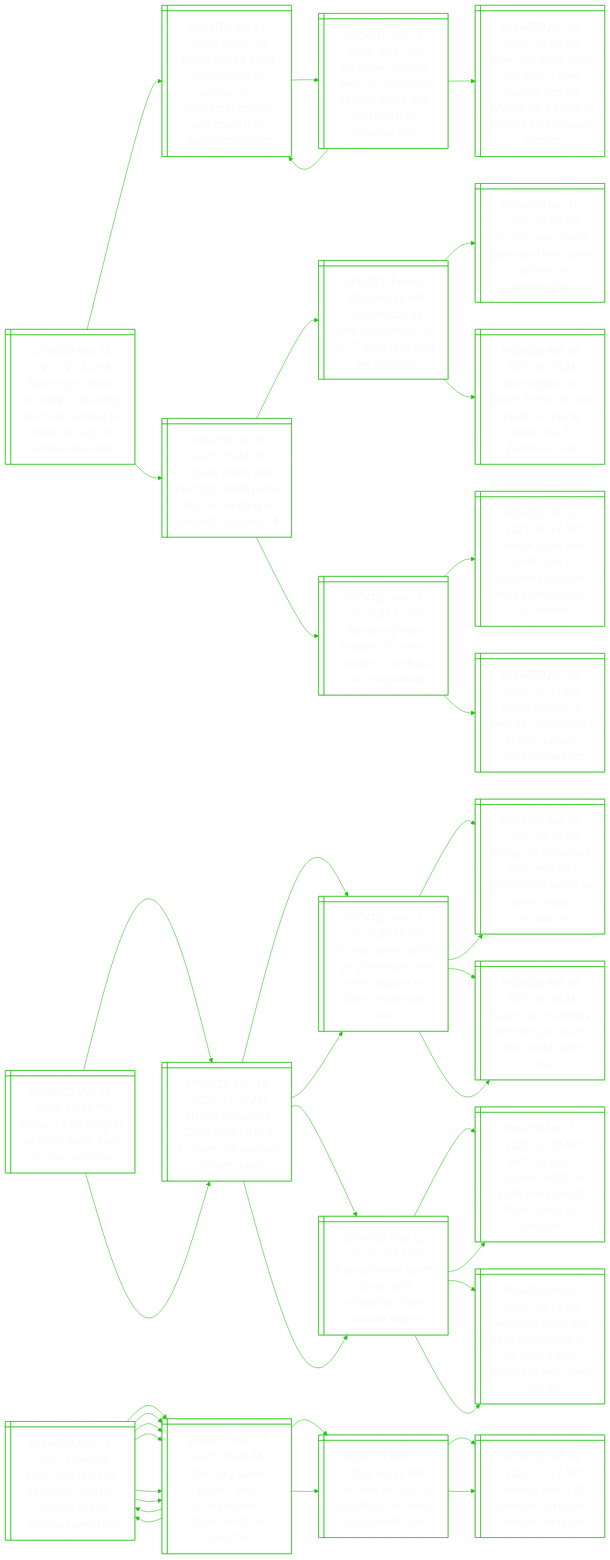
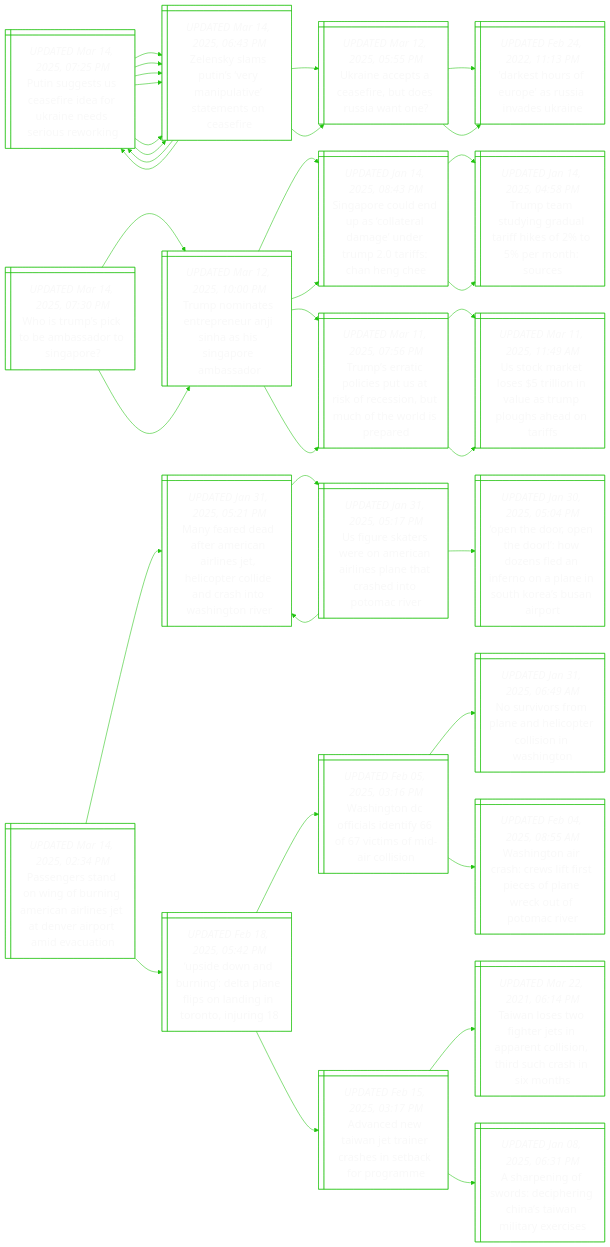
Before and after one commit to notJmes/notJmes: the diagram in README.md, drawn with Mermaid. The commit also changed other lines of this file, not shown here.

````diff
--- a/README.md
+++ b/README.md
@@ -15,6 +15,80 @@
 %%{init: {'theme':'base', 'themeVariables': {'primaryColor': "transparent", 'primaryTextColor': "#F9F9F9", 'lineColor': "#20C20E", 'primaryBorderColor':'#20C20E'}}}%%
 flowchart LR
 classDef txtsize font-size:20px;
+
+Psscfdrierrk@{ shape: win-pane, label: "_UPDATED Mar 14, 2025, 07:25 PM_
+Putin suggests us ceasefire idea for ukraine needs serious reworking" }
+Zsatenasmose@{ shape: win-pane, label: "_UPDATED Mar 14, 2025, 06:43 PM_
+Zelensky slams putin’s ‘very manipulative’ statements on ceasefire" }
+Unecfusit@{ shape: win-pane, label: "_UPDATED Mar 12, 2025, 05:55 PM_
+Ukraine accepts a ceasefire, but does russia want one?" }
+DsruasvUn@{ shape: win-pane, label: "_UPDATED Feb 24, 2022, 11:13 PM_
+'darkest hours of europe' as russia invades ukraine" }
+Psscfdrierrk@{ shape: win-pane, label: "_UPDATED Mar 14, 2025, 07:25 PM_
+Putin suggests us ceasefire idea for ukraine needs serious reworking" }
+Zsatenasmose@{ shape: win-pane, label: "_UPDATED Mar 14, 2025, 06:43 PM_
+Zelensky slams putin’s ‘very manipulative’ statements on ceasefire" }
+Zsatenasmose@{ shape: win-pane, label: "_UPDATED Mar 14, 2025, 06:43 PM_
+Zelensky slams putin’s ‘very manipulative’ statements on ceasefire" }
+Zsatenasmose@{ shape: win-pane, label: "_UPDATED Mar 14, 2025, 06:43 PM_
+Zelensky slams putin’s ‘very manipulative’ statements on ceasefire" }
+Unecfusit@{ shape: win-pane, label: "_UPDATED Mar 12, 2025, 05:55 PM_
+Ukraine accepts a ceasefire, but does russia want one?" }
+DsruasvUn@{ shape: win-pane, label: "_UPDATED Feb 24, 2022, 11:13 PM_
+'darkest hours of europe' as russia invades ukraine" }
+Psscfdrierrk@{ shape: win-pane, label: "_UPDATED Mar 14, 2025, 07:25 PM_
+Putin suggests us ceasefire idea for ukraine needs serious reworking" }
+Zsatenasmose@{ shape: win-pane, label: "_UPDATED Mar 14, 2025, 06:43 PM_
+Zelensky slams putin’s ‘very manipulative’ statements on ceasefire" }
+Zsatenasmose@{ shape: win-pane, label: "_UPDATED Mar 14, 2025, 06:43 PM_
+Zelensky slams putin’s ‘very manipulative’ statements on ceasefire" }
+
+Psscfdrierrk:::txtsize --> Zsatenasmose:::txtsize
+Zsatenasmose:::txtsize --> Unecfusit:::txtsize
+Unecfusit:::txtsize --> DsruasvUn:::txtsize
+Zsatenasmose:::txtsize --> Psscfdrierrk:::txtsize
+Psscfdrierrk:::txtsize --> Zsatenasmose:::txtsize
+Psscfdrierrk:::txtsize --> Zsatenasmose:::txtsize
+Psscfdrierrk:::txtsize --> Zsatenasmose:::txtsize
+Zsatenasmose:::txtsize --> Unecfusit:::txtsize
+Unecfusit:::txtsize --> DsruasvUn:::txtsize
+Zsatenasmose:::txtsize --> Psscfdrierrk:::txtsize
+Psscfdrierrk:::txtsize --> Zsatenasmose:::txtsize
+Psscfdrierrk:::txtsize --> Zsatenasmose:::txtsize
+
+WTstmaoa@{ shape: win-pane, label: "_UPDATED Mar 14, 2025, 07:30 PM_
+Who is trump’s pick to be ambassador to singapore?" }
+TnanrrSaSpma@{ shape: win-pane, label: "_UPDATED Mar 12, 2025, 10:00 PM_
+Trump nominates entrepreneur anji sinha as his singapore ambassador" }
+Sponsalgemihne@{ shape: win-pane, label: "_UPDATED Jan 14, 2025, 08:43 PM_
+Singapore could end up as ‘collateral damage’ under trump 2.0 tariffs: chan heng chee" }
+Tttndahoetr@{ shape: win-pane, label: "_UPDATED Jan 14, 2025, 04:58 PM_
+Trump team studying gradual tariff hikes of 2% to 5% per month: sources" }
+TstlsSseitowip@{ shape: win-pane, label: "_UPDATED Mar 11, 2025, 07:56 PM_
+Trump’s erratic policies put us at risk of recession, but much of the world is prepared" }
+UcksinlTphaas@{ shape: win-pane, label: "_UPDATED Mar 11, 2025, 11:49 AM_
+Us stock market loses $5 trillion in value as trump ploughs ahead on tariffs" }
+TnanrrSaSpma@{ shape: win-pane, label: "_UPDATED Mar 12, 2025, 10:00 PM_
+Trump nominates entrepreneur anji sinha as his singapore ambassador" }
+Sponsalgemihne@{ shape: win-pane, label: "_UPDATED Jan 14, 2025, 08:43 PM_
+Singapore could end up as ‘collateral damage’ under trump 2.0 tariffs: chan heng chee" }
+Tttndahoetr@{ shape: win-pane, label: "_UPDATED Jan 14, 2025, 04:58 PM_
+Trump team studying gradual tariff hikes of 2% to 5% per month: sources" }
+TstlsSseitowip@{ shape: win-pane, label: "_UPDATED Mar 11, 2025, 07:56 PM_
+Trump’s erratic policies put us at risk of recession, but much of the world is prepared" }
+UcksinlTphaas@{ shape: win-pane, label: "_UPDATED Mar 11, 2025, 11:49 AM_
+Us stock market loses $5 trillion in value as trump ploughs ahead on tariffs" }
+
+WTstmaoa:::txtsize --> TnanrrSaSpma:::txtsize
+TnanrrSaSpma:::txtsize --> Sponsalgemihne:::txtsize
+Sponsalgemihne:::txtsize --> Tttndahoetr:::txtsize
+TnanrrSaSpma:::txtsize --> TstlsSseitowip:::txtsize
+TstlsSseitowip:::txtsize --> UcksinlTphaas:::txtsize
+WTstmaoa:::txtsize --> TnanrrSaSpma:::txtsize
+TnanrrSaSpma:::txtsize --> Sponsalgemihne:::txtsize
+Sponsalgemihne:::txtsize --> Tttndahoetr:::txtsize
+TnanrrSaSpma:::txtsize --> TstlsSseitowip:::txtsize
+TstlsSseitowip:::txtsize --> UcksinlTphaas:::txtsize
 
 PnsogrAcrstepmai@{ shape: win-pane, label: "_UPDATED Mar 14, 2025, 02:34 PM_
 Passengers stand on wing of burning american airlines jet at denver airport amid evacuation" }
@@ -53,90 +127,4 @@
 Acwatesnarr:::txtsize --> Tnsiriacshuasn:::txtsize
 Acwatesnarr:::txtsize --> ApgoeeCsaiei:::txtsize
 
-Cigarayol@{ shape: win-pane, label: "_UPDATED Mar 14, 2025, 12:14 PM_
-China is ‘laughing’ at us trade wars, says eu top diplomat" }
-Tttirferekr@{ shape: win-pane, label: "_UPDATED Mar 14, 2025, 11:16 AM_
-Trump threatens 200% wine tariff if eu does not remove whiskey tariff" }
-Trsfanneonsds@{ shape: win-pane, label: "_UPDATED Feb 11, 2025, 06:19 PM_
-Trump raises tariffs on aluminium and steel imports in latest trade war salvo" }
-Ttosauuinsdao@{ shape: win-pane, label: "_UPDATED Feb 10, 2025, 09:10 PM_
-Trump to announce 25% steel and aluminium tariffs in latest trade escalation" }
-Opmogiodet@{ shape: win-pane, label: "_UPDATED Feb 08, 2025, 05:26 AM_
-Open up! us comes knocking on asia’s door amid trade reset" }
-Tmsfafaioad@{ shape: win-pane, label: "_UPDATED Mar 12, 2025, 10:53 PM_
-Trump metals tariffs draw swift retaliation from canada and eu" }
-EmceinSsbtr@{ shape: win-pane, label: "_UPDATED Mar 12, 2025, 03:20 PM_
-Eu to impose counter tariffs on $38b in us goods from boats to bourbon" }
-AauuiaeaTpetei@{ shape: win-pane, label: "_UPDATED Mar 12, 2025, 03:18 PM_
-Australia rules out reciprocal move on us after trump proceeds with steel tariffs" }
-Tttirferekr@{ shape: win-pane, label: "_UPDATED Mar 14, 2025, 11:16 AM_
-Trump threatens 200% wine tariff if eu does not remove whiskey tariff" }
-Trsfanneonsds@{ shape: win-pane, label: "_UPDATED Feb 11, 2025, 06:19 PM_
-Trump raises tariffs on aluminium and steel imports in latest trade war salvo" }
-Ttosauuinsdao@{ shape: win-pane, label: "_UPDATED Feb 10, 2025, 09:10 PM_
-Trump to announce 25% steel and aluminium tariffs in latest trade escalation" }
-Opmogiodet@{ shape: win-pane, label: "_UPDATED Feb 08, 2025, 05:26 AM_
-Open up! us comes knocking on asia’s door amid trade reset" }
-Tmsfafaioad@{ shape: win-pane, label: "_UPDATED Mar 12, 2025, 10:53 PM_
-Trump metals tariffs draw swift retaliation from canada and eu" }
-EmceinSsbtr@{ shape: win-pane, label: "_UPDATED Mar 12, 2025, 03:20 PM_
-Eu to impose counter tariffs on $38b in us goods from boats to bourbon" }
-AauuiaeaTpetei@{ shape: win-pane, label: "_UPDATED Mar 12, 2025, 03:18 PM_
-Australia rules out reciprocal move on us after trump proceeds with steel tariffs" }
-
-Cigarayol:::txtsize --> Tttirferekr:::txtsize
-Tttirferekr:::txtsize --> Trsfanneonsds:::txtsize
-Trsfanneonsds:::txtsize --> Ttosauuinsdao:::txtsize
-Trsfanneonsds:::txtsize --> Opmogiodet:::txtsize
-Tttirferekr:::txtsize --> Tmsfafaioad:::txtsize
-Tmsfafaioad:::txtsize --> EmceinSsbtr:::txtsize
-Tmsfafaioad:::txtsize --> AauuiaeaTpetei:::txtsize
-Cigarayol:::txtsize --> Tttirferekr:::txtsize
-Tttirferekr:::txtsize --> Trsfanneonsds:::txtsize
-Trsfanneonsds:::txtsize --> Ttosauuinsdao:::txtsize
-Trsfanneonsds:::txtsize --> Opmogiodet:::txtsize
-Tttirferekr:::txtsize --> Tmsfafaioad:::txtsize
-Tmsfafaioad:::txtsize --> EmceinSsbtr:::txtsize
-Tmsfafaioad:::txtsize --> AauuiaeaTpetei:::txtsize
-
-Psscfdrierrk@{ shape: win-pane, label: "_UPDATED Mar 14, 2025, 11:48 AM_
-Putin suggests us ceasefire idea for ukraine needs serious reworking" }
-Zsatenasmose@{ shape: win-pane, label: "_UPDATED Mar 14, 2025, 06:46 AM_
-Zelensky slams putin’s ‘very manipulative’ statements on ceasefire" }
-Unecfusit@{ shape: win-pane, label: "_UPDATED Mar 12, 2025, 05:55 PM_
-Ukraine accepts a ceasefire, but does russia want one?" }
-DsruasvUn@{ shape: win-pane, label: "_UPDATED Feb 24, 2022, 11:13 PM_
-'darkest hours of europe' as russia invades ukraine" }
-Psscfdrierrk@{ shape: win-pane, label: "_UPDATED Mar 14, 2025, 11:48 AM_
-Putin suggests us ceasefire idea for ukraine needs serious reworking" }
-Zsatenasmose@{ shape: win-pane, label: "_UPDATED Mar 14, 2025, 06:46 AM_
-Zelensky slams putin’s ‘very manipulative’ statements on ceasefire" }
-Zsatenasmose@{ shape: win-pane, label: "_UPDATED Mar 14, 2025, 06:46 AM_
-Zelensky slams putin’s ‘very manipulative’ statements on ceasefire" }
-Zsatenasmose@{ shape: win-pane, label: "_UPDATED Mar 14, 2025, 06:46 AM_
-Zelensky slams putin’s ‘very manipulative’ statements on ceasefire" }
-Unecfusit@{ shape: win-pane, label: "_UPDATED Mar 12, 2025, 05:55 PM_
-Ukraine accepts a ceasefire, but does russia want one?" }
-DsruasvUn@{ shape: win-pane, label: "_UPDATED Feb 24, 2022, 11:13 PM_
-'darkest hours of europe' as russia invades ukraine" }
-Psscfdrierrk@{ shape: win-pane, label: "_UPDATED Mar 14, 2025, 11:48 AM_
-Putin suggests us ceasefire idea for ukraine needs serious reworking" }
-Zsatenasmose@{ shape: win-pane, label: "_UPDATED Mar 14, 2025, 06:46 AM_
-Zelensky slams putin’s ‘very manipulative’ statements on ceasefire" }
-Zsatenasmose@{ shape: win-pane, label: "_UPDATED Mar 14, 2025, 06:46 AM_
-Zelensky slams putin’s ‘very manipulative’ statements on ceasefire" }
-
-Psscfdrierrk:::txtsize --> Zsatenasmose:::txtsize
-Zsatenasmose:::txtsize --> Unecfusit:::txtsize
-Unecfusit:::txtsize --> DsruasvUn:::txtsize
-Zsatenasmose:::txtsize --> Psscfdrierrk:::txtsize
-Psscfdrierrk:::txtsize --> Zsatenasmose:::txtsize
-Psscfdrierrk:::txtsize --> Zsatenasmose:::txtsize
-Psscfdrierrk:::txtsize --> Zsatenasmose:::txtsize
-Zsatenasmose:::txtsize --> Unecfusit:::txtsize
-Unecfusit:::txtsize --> DsruasvUn:::txtsize
-Zsatenasmose:::txtsize --> Psscfdrierrk:::txtsize
-Psscfdrierrk:::txtsize --> Zsatenasmose:::txtsize
-Psscfdrierrk:::txtsize --> Zsatenasmose:::txtsize
-
 ```
````
